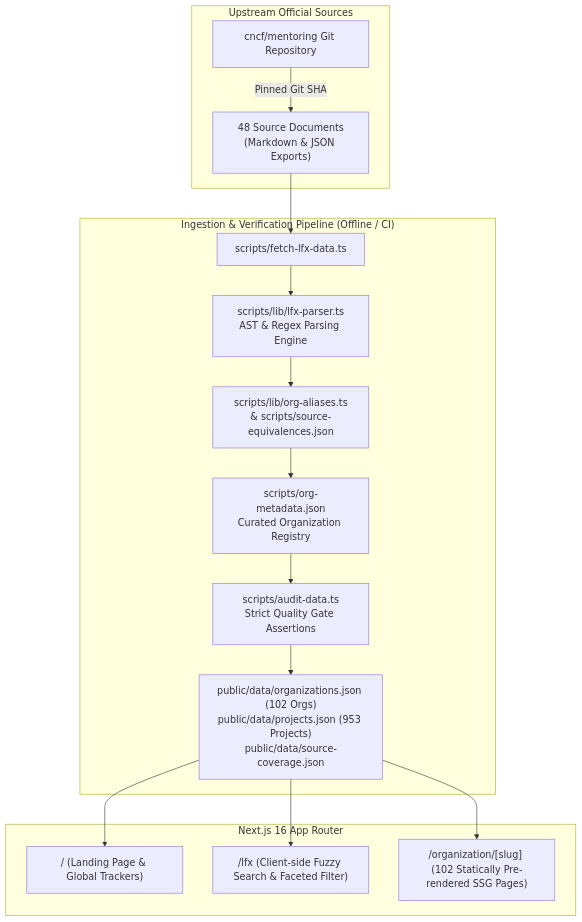
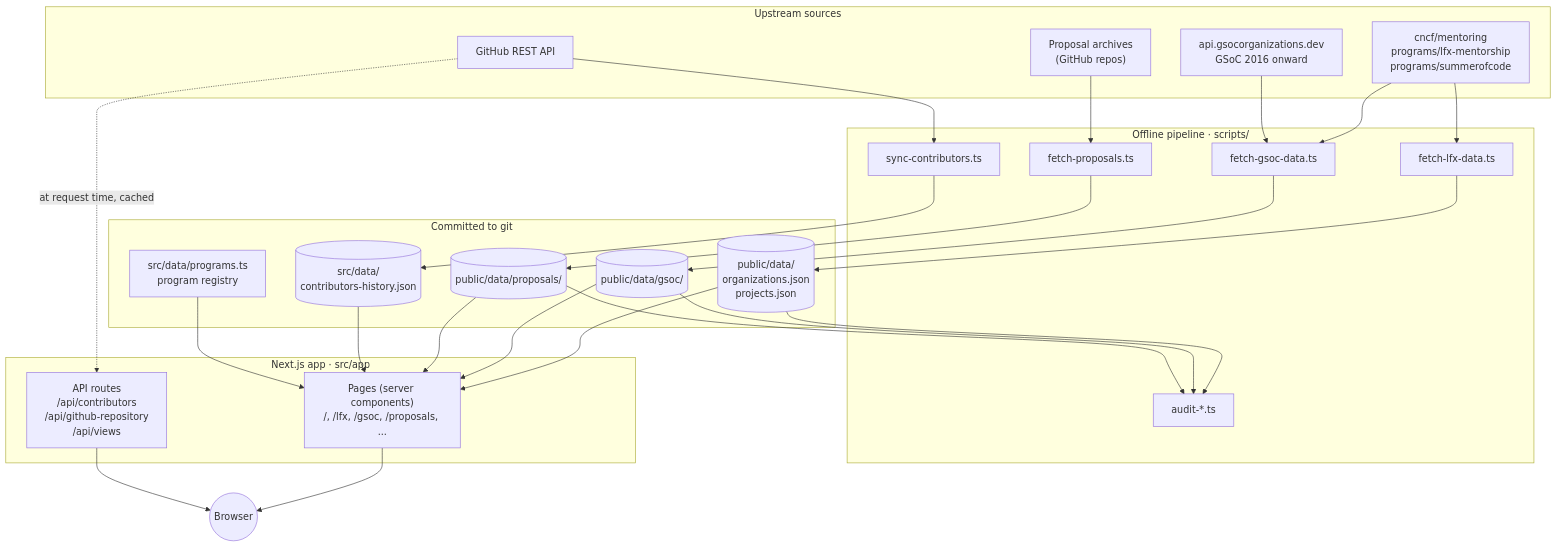
The first of 7 diagrams in docs/ARCHITECTURE.md (rajatrsrivastav/ossgrid), drawn with Mermaid before and after one commit. The commit also changed other lines of this file and 6 other files, not shown here.

````diff
--- a/docs/ARCHITECTURE.md
+++ b/docs/ARCHITECTURE.md
@@ -15,22 +34,41 @@
 ```mermaid
-flowchart TD
-    subgraph Upstream ["Upstream Official Sources"]
-        A["cncf/mentoring Git Repository"]
-        A -->|Pinned Git SHA| B["48 Source Documents<br/>(Markdown & JSON Exports)"]
+flowchart TB
+    subgraph Upstream["Upstream sources"]
+        CNCF["cncf/mentoring<br/>programs/lfx-mentorship<br/>programs/summerofcode"]
+        GSOCAPI["api.gsocorganizations.dev<br/>GSoC 2016 onward"]
+        ARCH["Proposal archives<br/>(GitHub repos)"]
+        GHAPI["GitHub REST API"]
     end
 
-    subgraph Pipeline ["Ingestion & Verification Pipeline (Offline / CI)"]
-        B --> C["scripts/fetch-lfx-data.ts"]
-        C --> D["scripts/lib/lfx-parser.ts<br/>AST & Regex Parsing Engine"]
-        D --> E["scripts/lib/org-aliases.ts<br/>& scripts/source-equivalences.json"]
-        E --> F["scripts/org-metadata.json<br/>Curated Organization Registry"]
-        F --> G["scripts/audit-data.ts<br/>Strict Quality Gate Assertions"]
-        G --> H["public/data/organizations.json (102 Orgs)<br/>public/data/projects.json (953 Projects)<br/>public/data/source-coverage.json"]
+    subgraph Pipeline["Offline pipeline · scripts/"]
+        LFX["fetch-lfx-data.ts"]
+        GSOC["fetch-gsoc-data.ts"]
+        PROP["fetch-proposals.ts"]
+        CONTRIB["sync-contributors.ts"]
+        AUD["audit-*.ts"]
     end
 
-    subgraph NextApp ["Next.js 16 App Router"]
-        H --> I["/ (Landing Page & Global Trackers)"]
-        H --> J["/lfx (Client-side Fuzzy Search & Faceted Filter)"]
-        H --> K["/organization/[slug] (102 Statically Pre-rendered SSG Pages)"]
+    subgraph Repo["Committed to git"]
+        D1[("public/data/<br/>organizations.json<br/>projects.json")]
+        D2[("public/data/gsoc/")]
+        D3[("public/data/proposals/")]
+        D4[("src/data/<br/>contributors-history.json")]
+        REG["src/data/programs.ts<br/>program registry"]
     end
+
+    subgraph Next["Next.js app · src/app"]
+        PAGES["Pages (server components)<br/>/, /lfx, /gsoc, /proposals, ..."]
+        API["API routes<br/>/api/contributors<br/>/api/github-repository<br/>/api/views"]
+    end
+
+    CNCF --> LFX --> D1
+    CNCF --> GSOC
+    GSOCAPI --> GSOC --> D2
+    ARCH --> PROP --> D3
+    GHAPI --> CONTRIB --> D4
+    D1 & D2 & D3 --> AUD
+    D1 & D2 & D3 & D4 & REG --> PAGES
+    GHAPI -. "at request time, cached" .-> API
+    PAGES --> V(("Browser"))
+    API --> V
 ```
````
